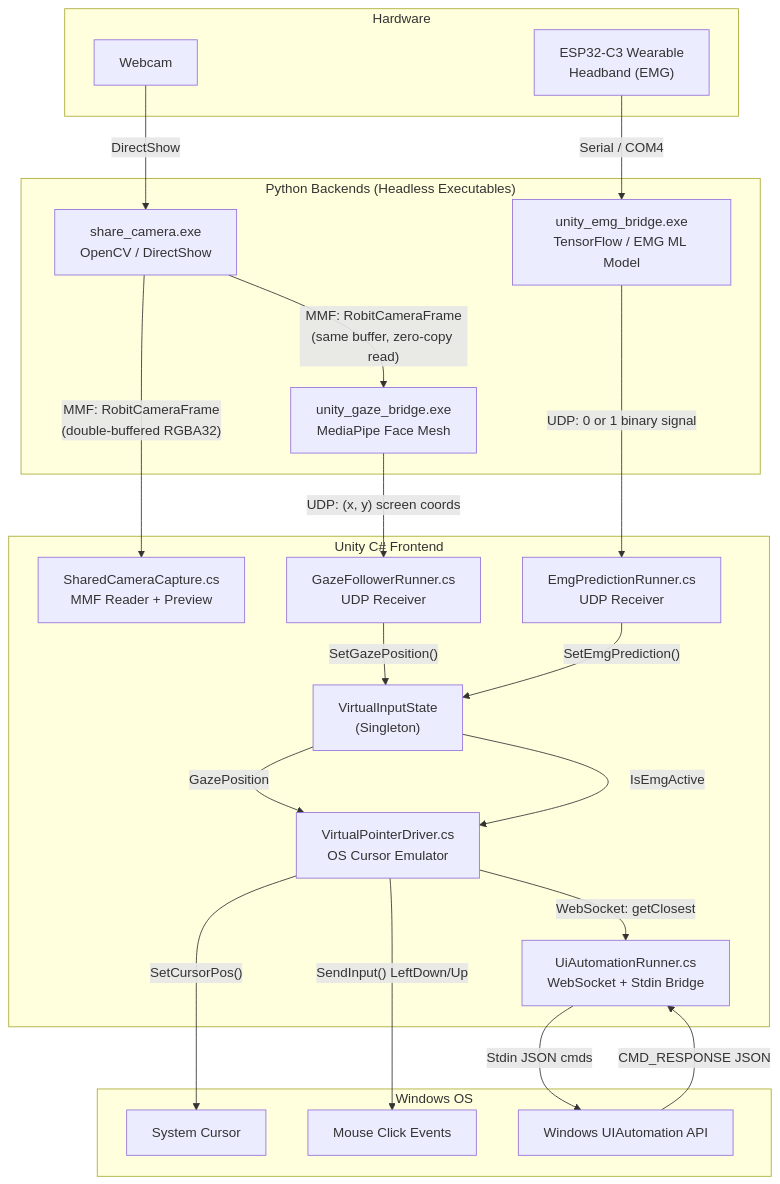
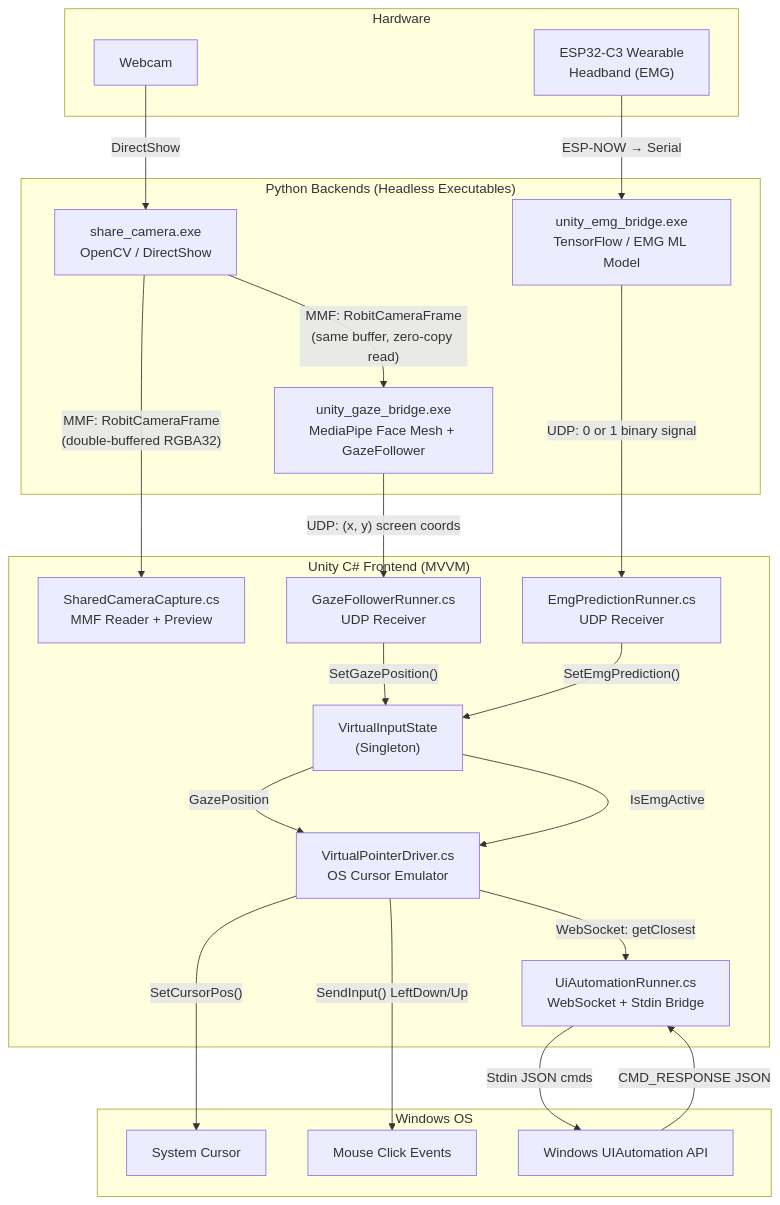
Before and after one commit to MohanedAtef238/Robit: the diagram in README.md, drawn with Mermaid. The commit also changed other lines of this file, not shown here.

````diff
--- a/README.md
+++ b/README.md
@@ -82,50 +73,50 @@
 ```mermaid
 graph TD
     subgraph HARDWARE["Hardware"]
         CAM["Webcam"]
         HEADBAND["ESP32-C3 Wearable\nHeadband (EMG)"]
     end
 
     subgraph PYTHON["Python Backends (Headless Executables)"]
         SHARE_CAM["share_camera.exe\nOpenCV / DirectShow"]
-        GAZE_BRIDGE["unity_gaze_bridge.exe\nMediaPipe Face Mesh"]
+        GAZE_BRIDGE["unity_gaze_bridge.exe\nMediaPipe Face Mesh + GazeFollower"]
         EMG_BRIDGE["unity_emg_bridge.exe\nTensorFlow / EMG ML Model"]
     end
 
-    subgraph UNITY["Unity C# Frontend"]
+    subgraph UNITY["Unity C# Frontend (MVVM)"]
         SCC["SharedCameraCapture.cs\nMMF Reader + Preview"]
         GFR["GazeFollowerRunner.cs\nUDP Receiver"]
         EPR["EmgPredictionRunner.cs\nUDP Receiver"]
         VIS["VirtualInputState\n(Singleton)"]
         VPD["VirtualPointerDriver.cs\nOS Cursor Emulator"]
         UAR["UiAutomationRunner.cs\nWebSocket + Stdin Bridge"]
     end
 
     subgraph OS["Windows OS"]
         CURSOR["System Cursor"]
         CLICK["Mouse Click Events"]
         UIAUTO["Windows UIAutomation API"]
     end
 
     CAM -->|"DirectShow"| SHARE_CAM
-    HEADBAND -->|"Serial / COM4"| EMG_BRIDGE
+    HEADBAND -->|"ESP-NOW → Serial"| EMG_BRIDGE
 
     SHARE_CAM -->|"MMF: RobitCameraFrame\n(double-buffered RGBA32)"| SCC
     SHARE_CAM -->|"MMF: RobitCameraFrame\n(same buffer, zero-copy read)"| GAZE_BRIDGE
 
     GAZE_BRIDGE -->|"UDP: (x, y) screen coords"| GFR
     EMG_BRIDGE -->|"UDP: 0 or 1 binary signal"| EPR
 
     GFR -->|"SetGazePosition()"| VIS
     EPR -->|"SetEmgPrediction()"| VIS
 
     VIS -->|"GazePosition"| VPD
     VIS -->|"IsEmgActive"| VPD
 
     VPD -->|"SetCursorPos()"| CURSOR
     VPD -->|"SendInput() LeftDown/Up"| CLICK
     VPD -->|"WebSocket: getClosest"| UAR
 
     UAR -->|"Stdin JSON cmds"| UIAUTO
     UIAUTO -->|"CMD_RESPONSE JSON"| UAR
 ```
````
